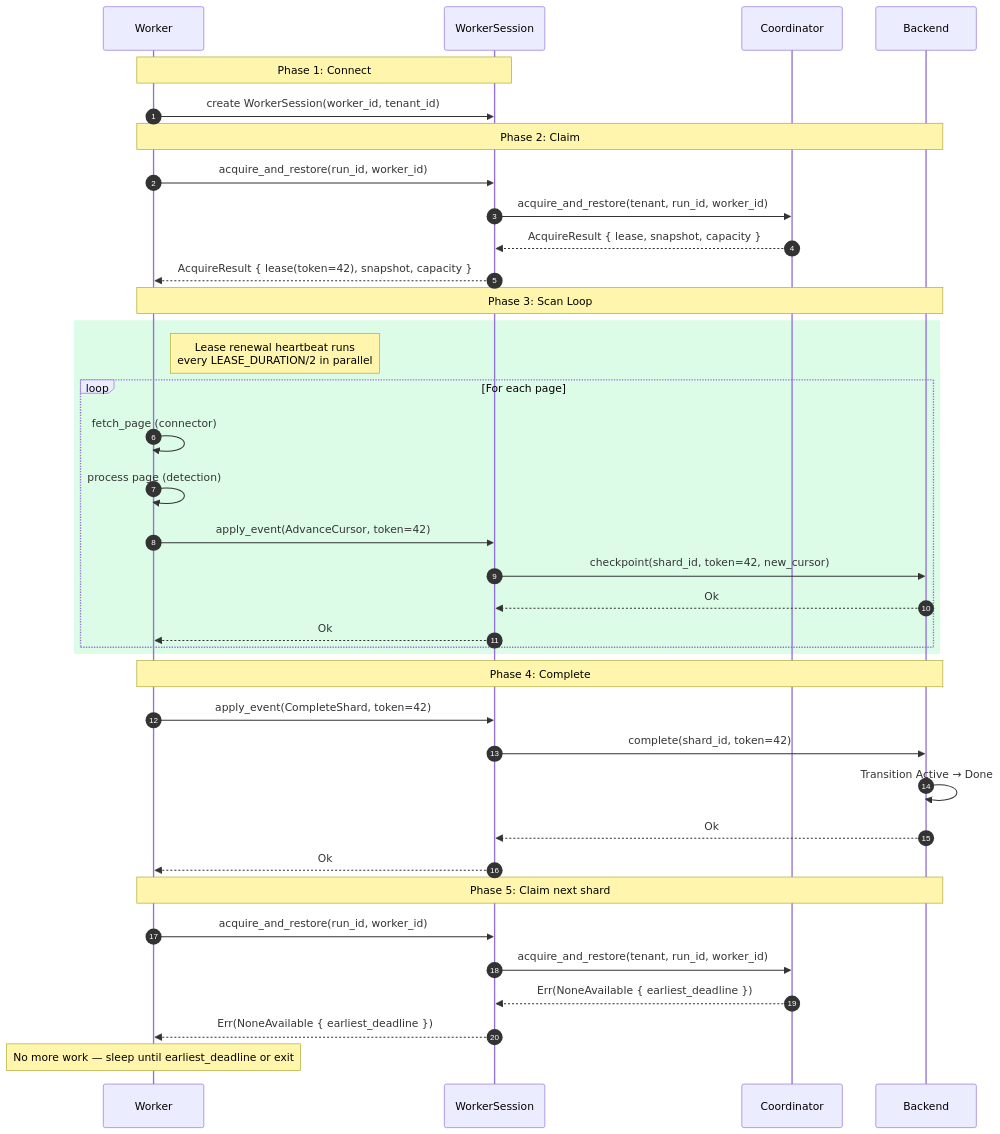
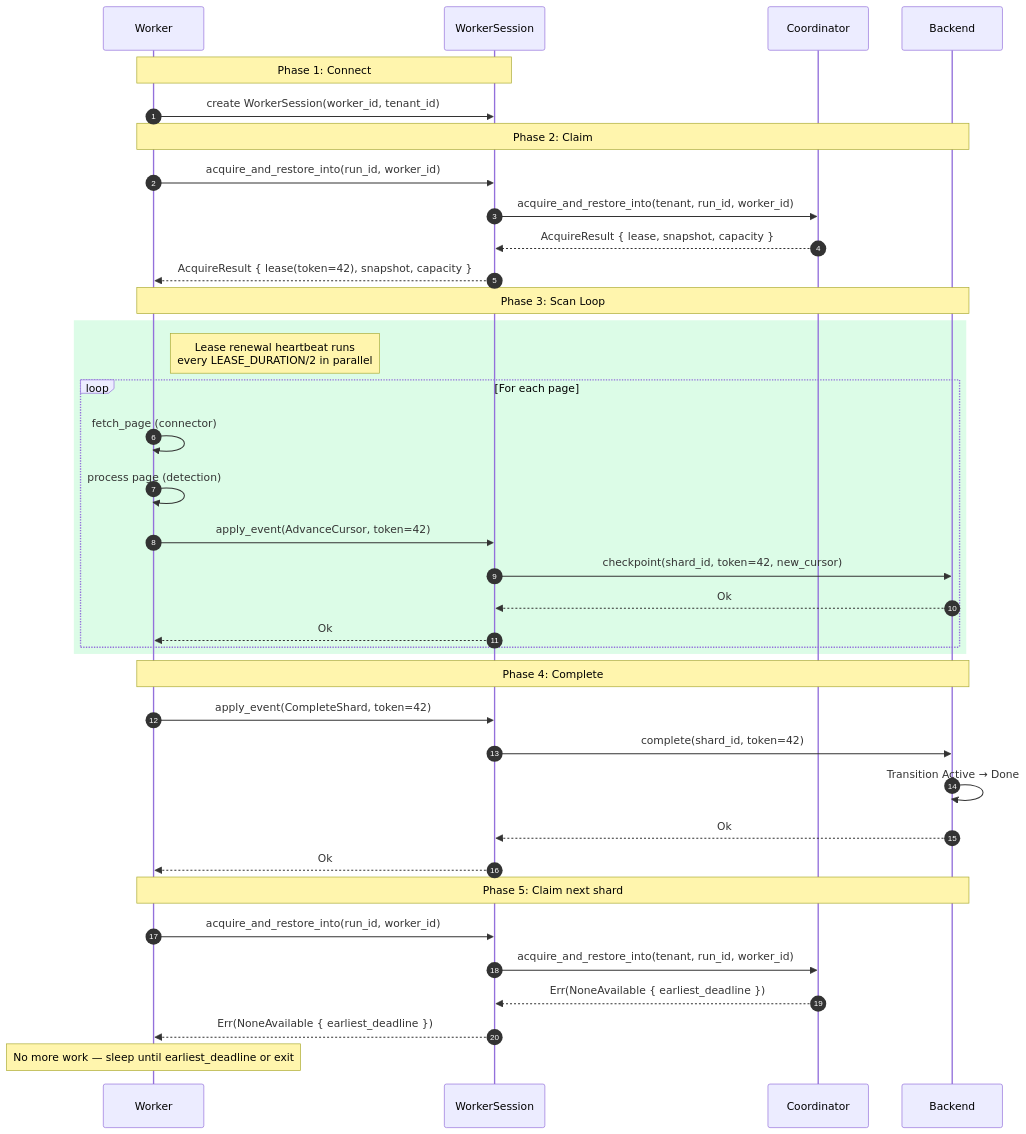
The fourth of 7 diagrams in diagrams/07-lease-lifecycle.md (ahrav/Gossip-rs), drawn with Mermaid before and after one commit. The commit also changed other lines of this file and 9 other files, not shown here.

Commit message:
Reorder diagram reading paths and fix cross-references

````diff
--- a/diagrams/07-lease-lifecycle.md
+++ b/diagrams/07-lease-lifecycle.md
@@ -211,48 +211,48 @@
 ```mermaid
 %% Diagram: full-worker-session-lifecycle
 sequenceDiagram
     autonumber
     participant W as Worker
     participant WS as WorkerSession
     participant CO as Coordinator
     participant BE as Backend
 
     Note over W,WS: Phase 1: Connect
     W->>WS: create WorkerSession(worker_id, tenant_id)
 
     Note over W,BE: Phase 2: Claim
-    W->>WS: acquire_and_restore(run_id, worker_id)
-    WS->>CO: acquire_and_restore(tenant, run_id, worker_id)
+    W->>WS: acquire_and_restore_into(run_id, worker_id)
+    WS->>CO: acquire_and_restore_into(tenant, run_id, worker_id)
     CO-->>WS: AcquireResult { lease, snapshot, capacity }
     WS-->>W: AcquireResult { lease(token=42), snapshot, capacity }
 
     Note over W,BE: Phase 3: Scan Loop
 
     rect rgb(220, 252, 231)
         Note right of W: Lease renewal heartbeat runs<br/>every LEASE_DURATION/2 in parallel
 
         loop For each page
             W->>W: fetch_page (connector)
             W->>W: process page (detection)
             W->>WS: apply_event(AdvanceCursor, token=42)
             WS->>BE: checkpoint(shard_id, token=42, new_cursor)
             BE-->>WS: Ok
             WS-->>W: Ok
         end
     end
 
     Note over W,BE: Phase 4: Complete
     W->>WS: apply_event(CompleteShard, token=42)
     WS->>BE: complete(shard_id, token=42)
     BE->>BE: Transition Active → Done
     BE-->>WS: Ok
     WS-->>W: Ok
 
     Note over W,BE: Phase 5: Claim next shard
-    W->>WS: acquire_and_restore(run_id, worker_id)
-    WS->>CO: acquire_and_restore(tenant, run_id, worker_id)
+    W->>WS: acquire_and_restore_into(run_id, worker_id)
+    WS->>CO: acquire_and_restore_into(tenant, run_id, worker_id)
     CO-->>WS: Err(NoneAvailable { earliest_deadline })
     WS-->>W: Err(NoneAvailable { earliest_deadline })
 
     Note over W: No more work — sleep until earliest_deadline or exit
 ```
````
